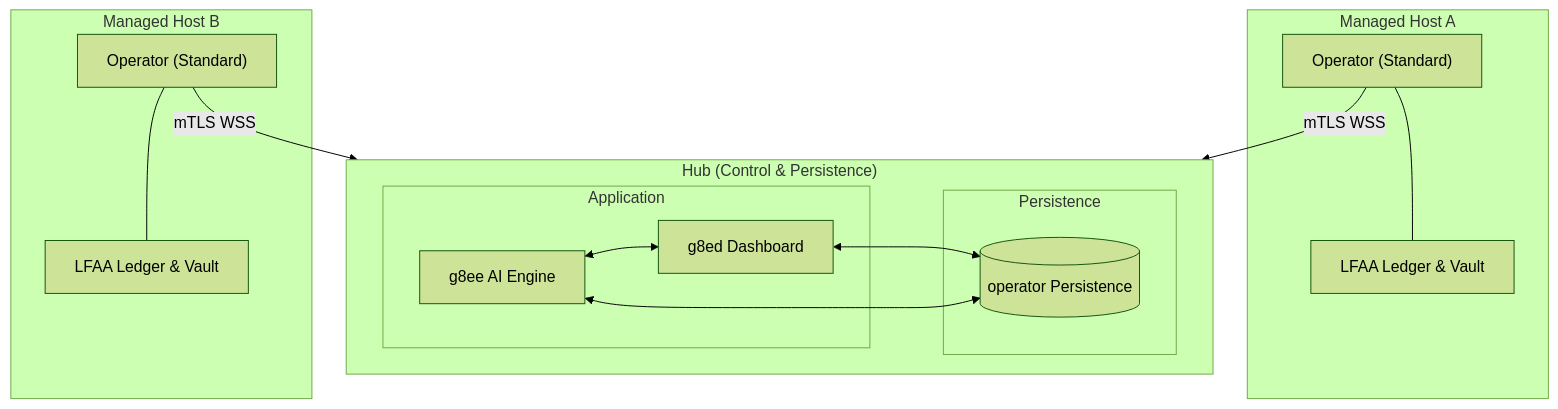
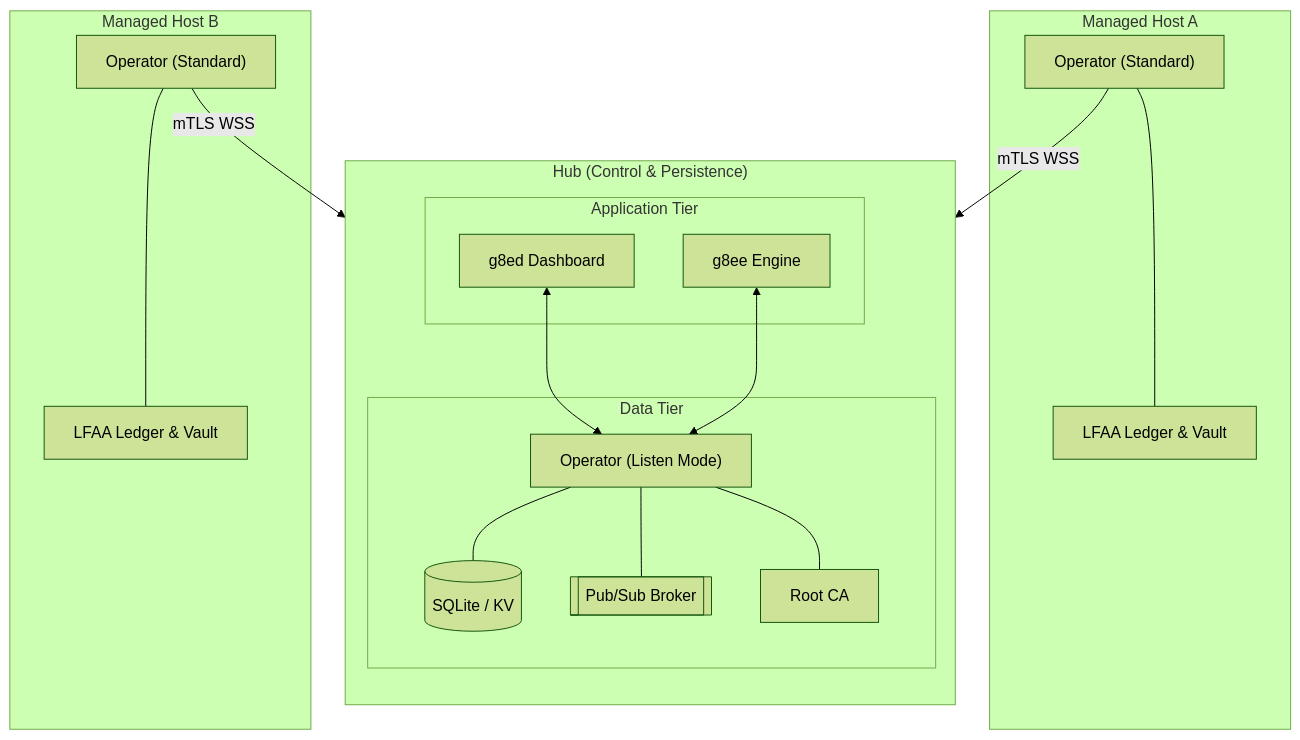
One commit to g8e-ai/g8e changed the diagram in docs/architecture/operator.md. Above: the diagram before and after it, drawn with Mermaid (forest theme). The commit also changed other lines of this file and 46 other files, not shown here.

````diff
--- a/docs/architecture/operator.md
+++ b/docs/architecture/operator.md
@@ -25,29 +25,35 @@
 ```mermaid
 flowchart TD
     subgraph Hub ["Hub (Control & Persistence)"]
-        direction LR
-        subgraph App ["Application"]
+        direction TB
+        subgraph App ["Application Tier"]
             g8ed["g8ed Dashboard"]
-            g8ee["g8ee AI Engine"]
-            g8ee <--> g8ed
+            g8ee["g8ee Engine"]
         end
 
-        subgraph Data ["Persistence"]
-            operator[("operator Persistence")]
+        subgraph Persistence ["Data Tier"]
+            listen["Operator (Listen Mode)"]
+            db[("SQLite / KV")]
+            ps[["Pub/Sub Broker"]]
+            ca["Root CA"]
+            
+            listen --- db
+            listen --- ps
+            listen --- ca
         end
 
-        g8ed <--> operator
-        g8ee <--> operator
+        g8ed <--> listen
+        g8ee <--> listen
     end
 
     subgraph EP_A ["Managed Host A"]
         OPA["Operator (Standard)"] --- LFAA_A["LFAA Ledger & Vault"]
     end
 
     subgraph EP_B ["Managed Host B"]
         OPB["Operator (Standard)"] --- LFAA_B["LFAA Ledger & Vault"]
     end
 
-    OPA -- "mTLS WSS" --> g8ed
-    OPB -- "mTLS WSS" --> g8ed
+    OPA -- "mTLS WSS" --> listen
+    OPB -- "mTLS WSS" --> listen
 ```
````
